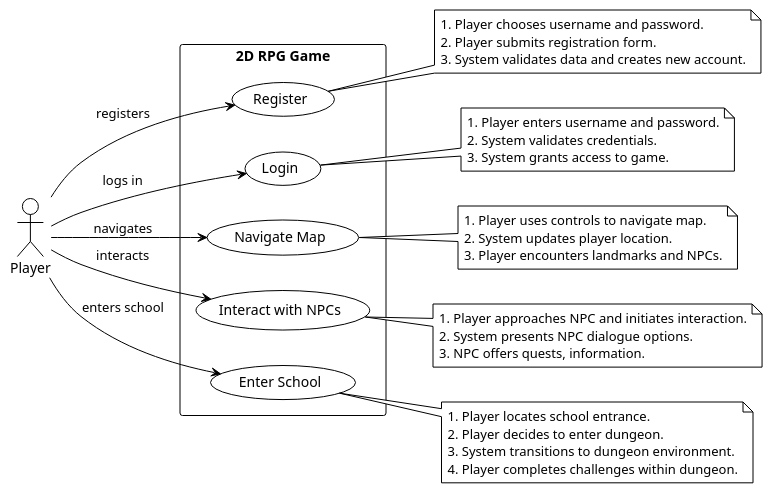
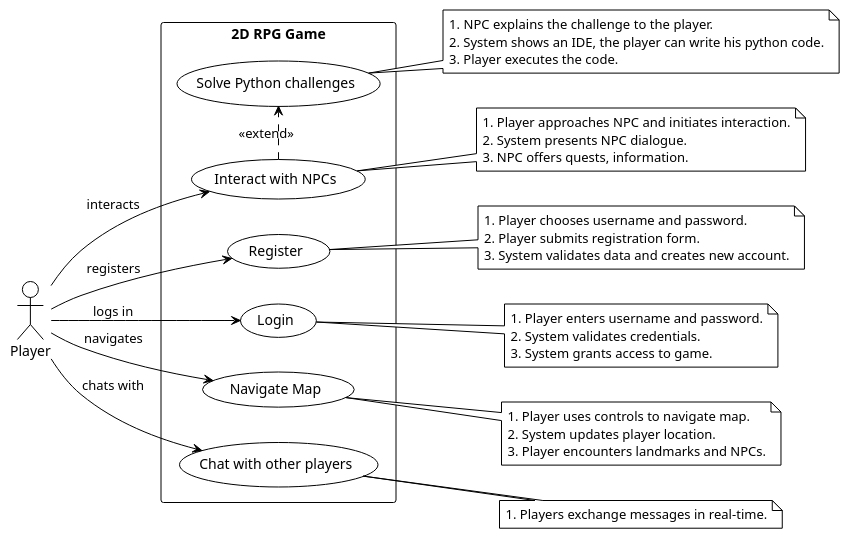
The first of 2 diagrams in README.md (youssef-elaasri/RPGGame), drawn with PlantUML before and after one commit. The commit also changed other lines of this file, not shown here.

````diff
--- a/README.md
+++ b/README.md
@@ -59,56 +20,60 @@
 ```plantuml
 @startuml
 !theme plain
 
 left to right direction
 
 actor Player
 
 rectangle "2D RPG Game" {
   usecase UC1 as "Register"
   usecase UC2 as "Login"
   usecase UC3 as "Navigate Map"
   usecase UC4 as "Interact with NPCs"
-  usecase UC5 as "Enter School"
+  usecase UC5 as "Solve Python challenges"
+  usecase UC6 as "Chat with other players"
 }
 
 Player -down-> UC1 : registers
 Player -down-> UC2 : logs in
 Player -down-> UC3 : navigates
 Player -down-> UC4 : interacts
-Player -down-> UC5 : enters school
+Player -down-> UC6 : chats with
+UC4 .> UC5 : <<extend>>
 
 note right of UC1
   1. Player chooses username and password.
   2. Player submits registration form.
   3. System validates data and creates new account.
 end note
 
 note right of UC2
   1. Player enters username and password.
   2. System validates credentials.
   3. System grants access to game.
 end note
 
 note right of UC3
   1. Player uses controls to navigate map.
   2. System updates player location.
   3. Player encounters landmarks and NPCs.
 end note
 
 note right of UC4
   1. Player approaches NPC and initiates interaction.
-  2. System presents NPC dialogue options.
+  2. System presents NPC dialogue.
   3. NPC offers quests, information.
 end note
 
 note right of UC5
-  1. Player locates school entrance.
-  2. Player decides to enter dungeon.
-  3. System transitions to dungeon environment.
-  4. Player completes challenges within dungeon.
+  1. NPC explains the challenge to the player.
+  2. System shows an IDE, the player can write his python code.
+  3. Player executes the code.
+end note
+
+note right of UC6
+  1. Players exchange messages in real-time.
 end note
 
 @enduml
-
 ```
````
